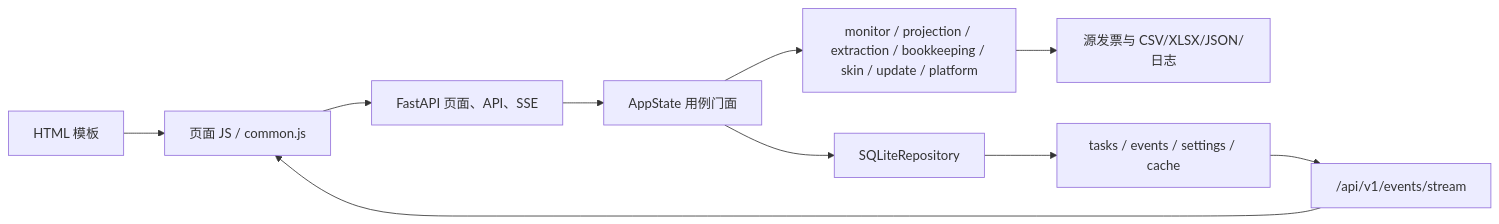
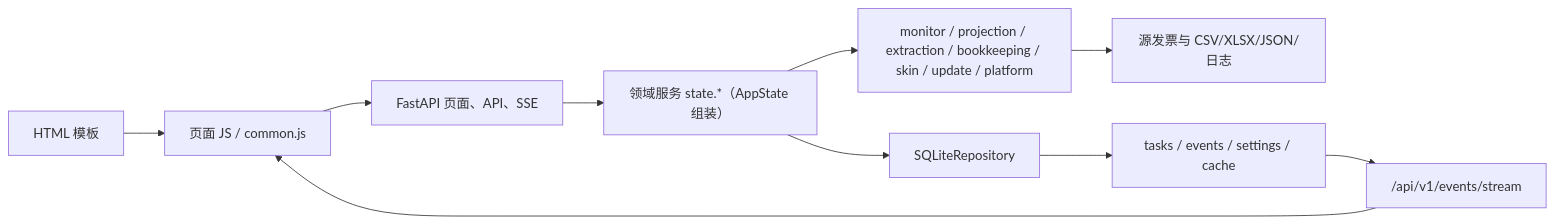
One commit to lyc1126/InvoiceHub changed the first of 16 diagrams in docs/architecture/INTERFACES_AND_FLOWS.md. Above: the diagram before and after it, drawn with Mermaid. The commit also changed other lines of this file and 9 other files, not shown here.

````diff
--- a/docs/architecture/INTERFACES_AND_FLOWS.md
+++ b/docs/architecture/INTERFACES_AND_FLOWS.md
@@ -71,12 +71,12 @@
 ```mermaid
 flowchart LR
     Page["HTML 模板"] --> JS["页面 JS / common.js"]
     JS --> HTTP["FastAPI 页面、API、SSE"]
-    HTTP --> State["AppState 用例门面"]
+    HTTP --> State["领域服务 state.*（AppState 组装）"]
     State --> Service["monitor / projection / extraction / bookkeeping / skin / update / platform"]
     Service --> File["源发票与 CSV/XLSX/JSON/日志"]
     State --> Repo["SQLiteRepository"]
     Repo --> DB["tasks / events / settings / cache"]
     DB --> SSE["/api/v1/events/stream"]
     SSE --> JS
 ```
````
